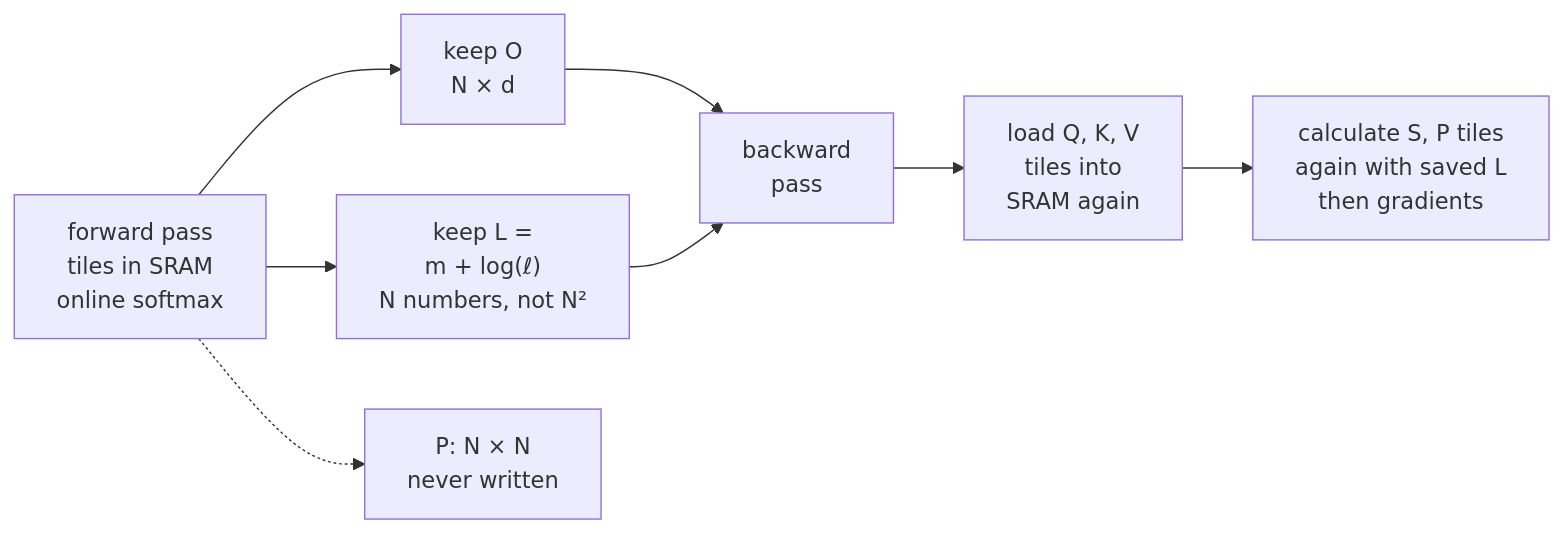
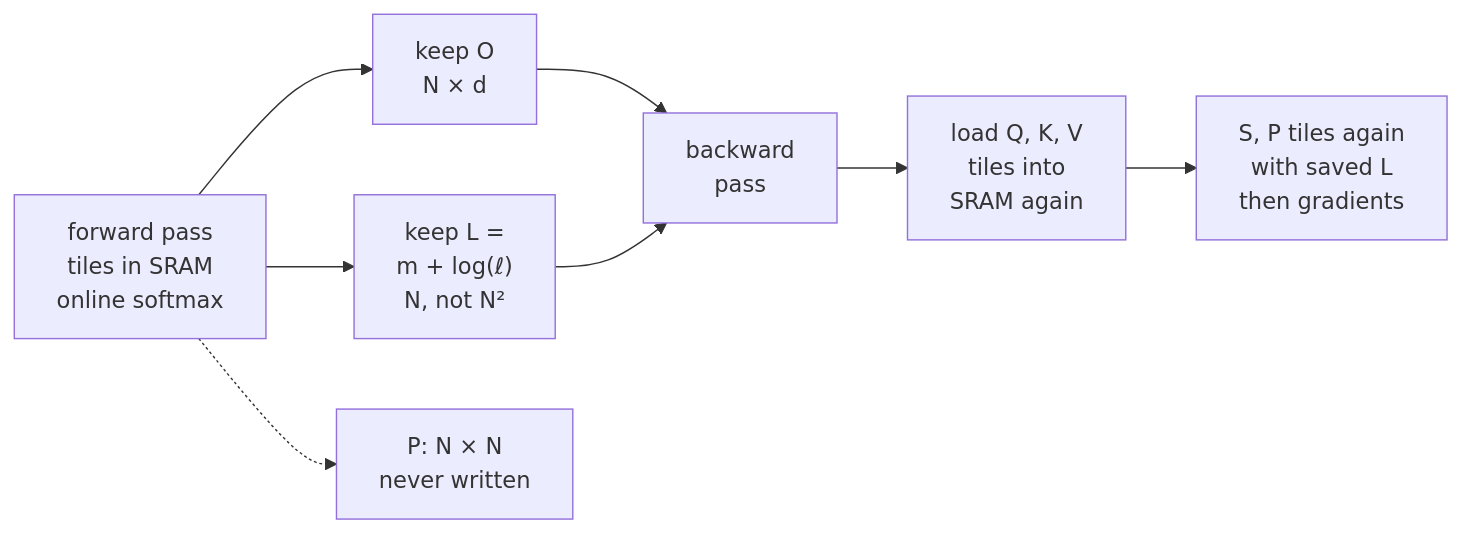
One commit to aniryou/full-stack-agentic-engineer changed the diagram in 04-inference-engine/flash-attention/flash-attention-primer.md. Above: the diagram before and after it, drawn with Mermaid. The commit also changed other lines of this file and 211 other files, not shown here.

````diff
--- a/04-inference-engine/flash-attention/flash-attention-primer.md
+++ b/04-inference-engine/flash-attention/flash-attention-primer.md
@@ -168,10 +168,10 @@
 ```mermaid
 flowchart LR
   F["forward pass<br/>tiles in SRAM<br/>online softmax"] --> O["keep O<br/>N × d"]
-  F --> L["keep L =<br/>m + log(ℓ)<br/>N numbers, not N²"]
+  F --> L["keep L =<br/>m + log(ℓ)<br/>N, not N²"]
   F -.-> P["P: N × N<br/>never written"]
   O --> B["backward<br/>pass"]
   L --> B
   B --> R["load Q, K, V<br/>tiles into<br/>SRAM again"]
-  R --> G["calculate S, P tiles<br/>again with saved L<br/>then gradients"]
+  R --> G["S, P tiles again<br/>with saved L<br/>then gradients"]
 ```
````
